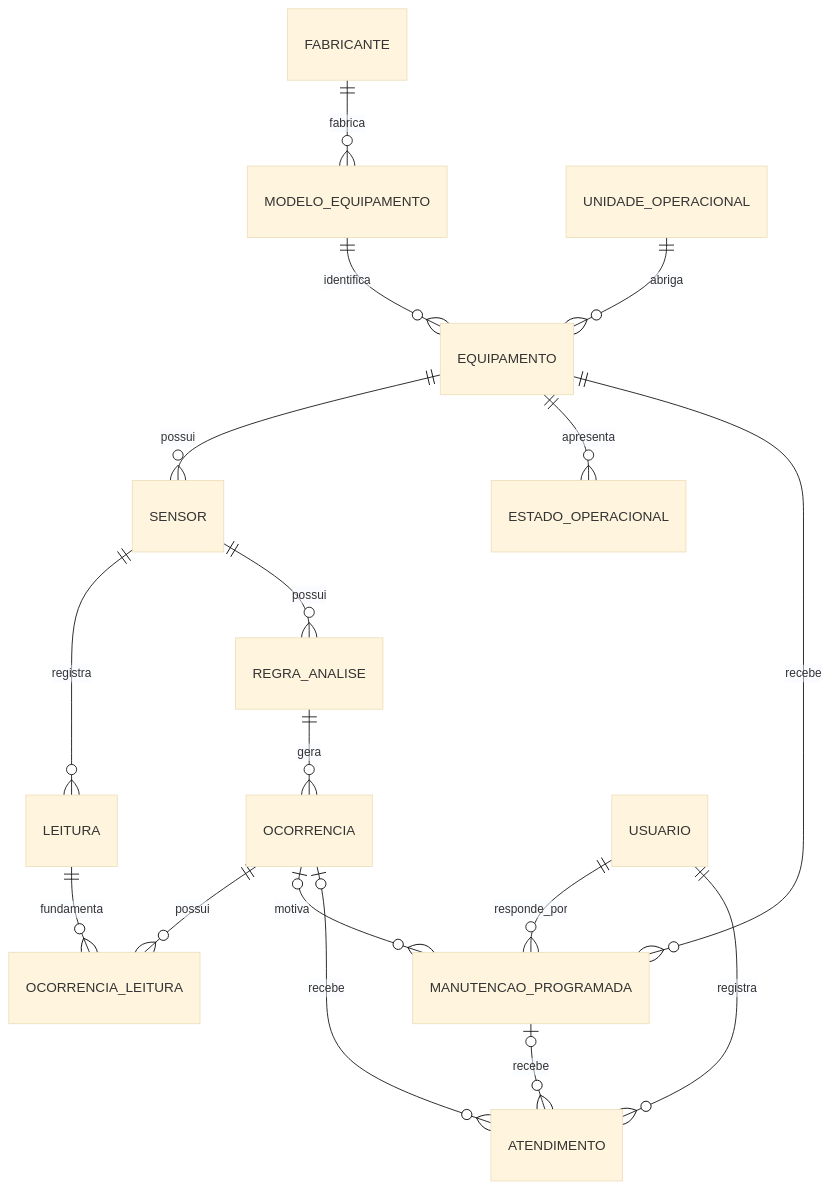
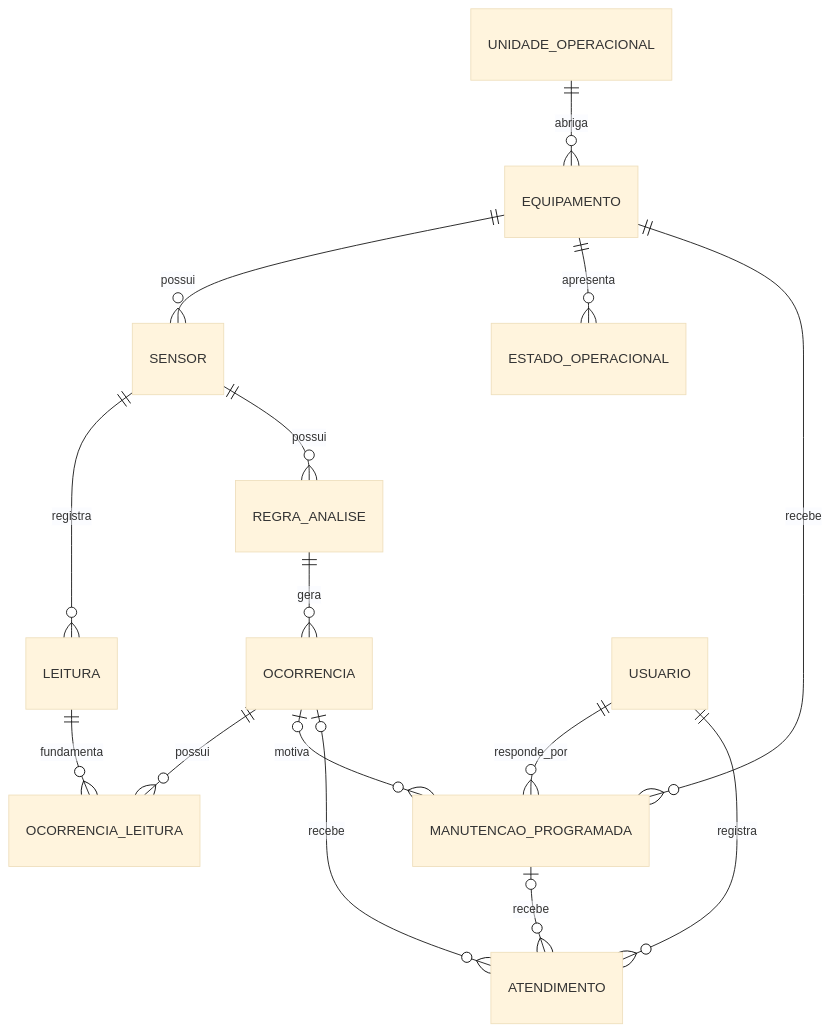
Before and after one commit to eloisazifirino/monitoramento-prisma: the first of 3 diagrams in docs/modelo-banco/README.md, drawn with Mermaid (base theme). The commit also changed other lines of this file, not shown here.

Commit message:
docs: atualiza modelo do banco de dados

````diff
--- a/docs/modelo-banco/README.md
+++ b/docs/modelo-banco/README.md
@@ -7,23 +11,21 @@
 ```mermaid
 erDiagram
-    FABRICANTE ||--o{ MODELO_EQUIPAMENTO : fabrica
-    MODELO_EQUIPAMENTO ||--o{ EQUIPAMENTO : identifica
     UNIDADE_OPERACIONAL ||--o{ EQUIPAMENTO : abriga
 
     EQUIPAMENTO ||--o{ SENSOR : possui
     EQUIPAMENTO ||--o{ ESTADO_OPERACIONAL : apresenta
     SENSOR ||--o{ LEITURA : registra
 
     SENSOR ||--o{ REGRA_ANALISE : possui
     REGRA_ANALISE ||--o{ OCORRENCIA : gera
     OCORRENCIA ||--o{ OCORRENCIA_LEITURA : possui
     LEITURA ||--o{ OCORRENCIA_LEITURA : fundamenta
 
     EQUIPAMENTO ||--o{ MANUTENCAO_PROGRAMADA : recebe
     USUARIO ||--o{ MANUTENCAO_PROGRAMADA : responde_por
     OCORRENCIA o|--o{ MANUTENCAO_PROGRAMADA : motiva
 
     OCORRENCIA o|--o{ ATENDIMENTO : recebe
     MANUTENCAO_PROGRAMADA o|--o{ ATENDIMENTO : recebe
     USUARIO ||--o{ ATENDIMENTO : registra
 ```
````
